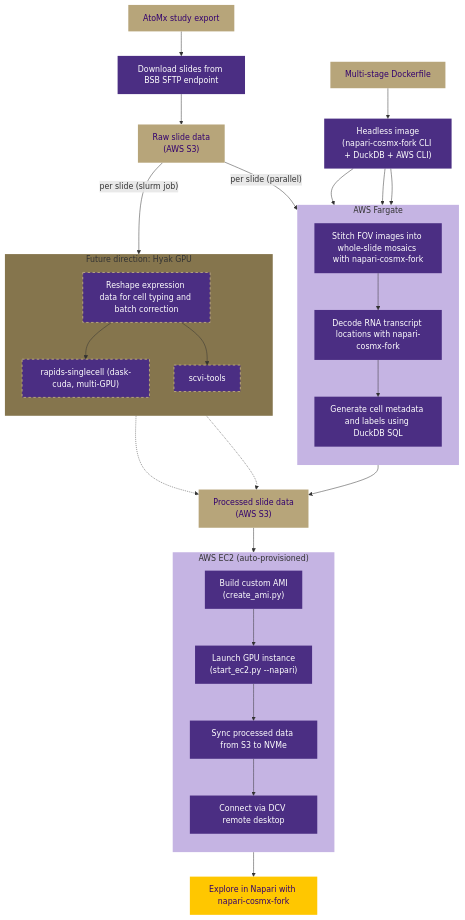
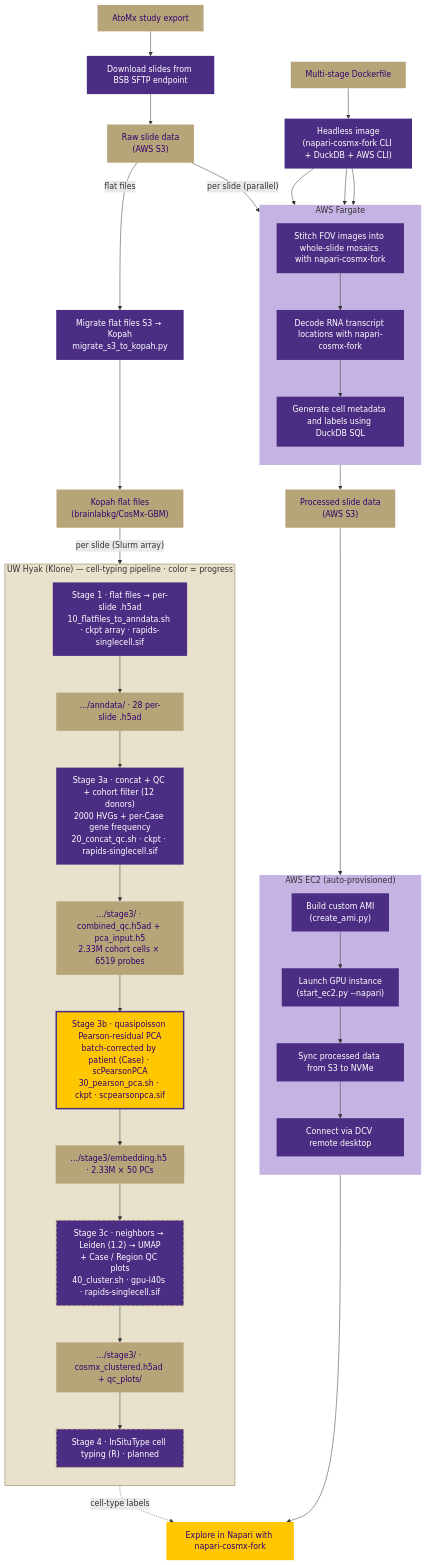
Before and after one commit to UW-BRaIN-lab/cosmx-utilities: the diagram in README.md, drawn with Mermaid. The commit also changed other lines of this file, not shown here.

Commit message:
Update README diagram + prose for implemented Hyak pipeline
Replace the dashed "Future direction: Hyak GPU" subgraph with the real,
status-colored cell-typing stages (Stage 1 -> 3a -> 3b -> 3c -> 4) fed from
the S3->Kopah flat-file migration, keeping the Fargate/EC2/Napari image
pipeline intact. Add done/running/todo classes + a progress legend. Rewrite
the stale "Future directions" section: scPearsonPCA patient-level Pearson PCA
+ single-GPU rapids-singlecell clustering (not dask-cuda multi-GPU), with
InSituType / scvi-tools / Open OnDemand still planned.

````diff
--- a/README.md
+++ b/README.md
@@ -11,61 +11,73 @@
 ```mermaid
 flowchart TD
     classDef action fill:#4b2e83,stroke:none,color:#ffffff
     classDef data fill:#b7a57a,stroke:none,color:#32006e
     classDef viewer fill:#ffc700,stroke:none,color:#32006e
     classDef futureAction fill:#4b2e83,stroke:#b7a57a,stroke-width:2px,stroke-dasharray: 5 5,color:#ffffff
+    classDef done fill:#4b2e83,stroke:none,color:#ffffff
+    classDef running fill:#ffc700,stroke:#4b2e83,stroke-width:3px,color:#32006e
+    classDef todo fill:#4b2e83,stroke:#b7a57a,stroke-width:2px,stroke-dasharray: 5 5,color:#ffffff
 
     style fargate fill:#c5b4e3,stroke:none
     style ec2 fill:#c5b4e3,stroke:none
-    style hyak fill:#85754d,stroke:none
+    style hyak fill:#e8e1cc,stroke:#85754d
 
     atomx["AtoMx study export"]:::data
     sftp["Download slides from BSB SFTP endpoint"]:::action
     s3raw["Raw slide data<br>(AWS S3)"]:::data
     s3out["Processed slide data<br>(AWS S3)"]:::data
     napari["Explore in Napari with napari-cosmx-fork"]:::viewer
 
     dockerfile["Multi-stage Dockerfile"]:::data
     headless["Headless image<br>(napari-cosmx-fork CLI + DuckDB + AWS CLI)"]:::action
 
     dockerfile --> headless
     headless --> stitch
     headless --> targets
     headless --> meta
 
     subgraph fargate["AWS Fargate"]
         direction TB
         stitch["Stitch FOV images into whole-slide mosaics with napari-cosmx-fork"]:::action
         targets["Decode RNA transcript locations with napari-cosmx-fork"]:::action
         meta["Generate cell metadata and labels using DuckDB SQL"]:::action
         stitch --> targets --> meta
     end
 
     subgraph ec2["AWS EC2 (auto-provisioned)"]
         direction TB
         ami["Build custom AMI<br>(create_ami.py)"]:::action
         launch["Launch GPU instance<br>(start_ec2.py --napari)"]:::action
         sync["Sync processed data from S3 to NVMe"]:::action
         dcv["Connect via DCV remote desktop"]:::action
         ami --> launch --> sync --> dcv
     end
 
-    subgraph hyak["Future direction: Hyak GPU"]
+    migrate["Migrate flat files S3 → Kopah<br>migrate_s3_to_kopah.py"]:::done
+    kopahflat["Kopah flat files<br>(brainlabkg/CosMx-GBM)"]:::data
+
+    subgraph hyak["UW Hyak (Klone) — cell-typing pipeline · color = progress"]
         direction TB
-        etl["Reshape expression data for cell typing and batch correction"]:::futureAction
-        rsc["rapids-singlecell (dask-cuda, multi-GPU)"]:::futureAction
-        scvi["scvi-tools"]:::futureAction
-        etl --> rsc
-        etl --> scvi
+        stage1["Stage 1 · flat files → per-slide .h5ad<br>10_flatfiles_to_anndata.sh · ckpt array · rapids-singlecell.sif"]:::done
+        anndata["…/anndata/ · 28 per-slide .h5ad"]:::data
+        stage3a["Stage 3a · concat + QC + cohort filter (12 donors)<br>2000 HVGs + per-Case gene frequency<br>20_concat_qc.sh · ckpt · rapids-singlecell.sif"]:::done
+        combined["…/stage3/ · combined_qc.h5ad + pca_input.h5<br>2.33M cohort cells × 6519 probes"]:::data
+        stage3b["Stage 3b · quasipoisson Pearson-residual PCA<br>batch-corrected by patient (Case) · scPearsonPCA<br>30_pearson_pca.sh · ckpt · scpearsonpca.sif"]:::running
+        embedding["…/stage3/embedding.h5 · 2.33M × 50 PCs"]:::data
+        stage3c["Stage 3c · neighbors → Leiden (1.2) → UMAP<br>+ Case / Region QC plots<br>40_cluster.sh · gpu-l40s · rapids-singlecell.sif"]:::todo
+        clustered["…/stage3/ · cosmx_clustered.h5ad + qc_plots/"]:::data
+        stage4["Stage 4 · InSituType cell typing (R) · planned"]:::todo
+        stage1 --> anndata --> stage3a --> combined --> stage3b --> embedding --> stage3c --> clustered --> stage4
     end
 
     atomx --> sftp
     sftp --> s3raw
     s3raw -- per slide (parallel) --> stitch
     meta --> s3out
-    s3raw -- per slide (slurm job) --> etl
-    rsc -.-> s3out
-    scvi -.-> s3out
+    s3raw -- flat files --> migrate
+    migrate --> kopahflat
+    kopahflat -- per slide (Slurm array) --> stage1
+    clustered -.->|cell-type labels| napari
     s3out --> launch
     dcv --> napari
 ```
````
